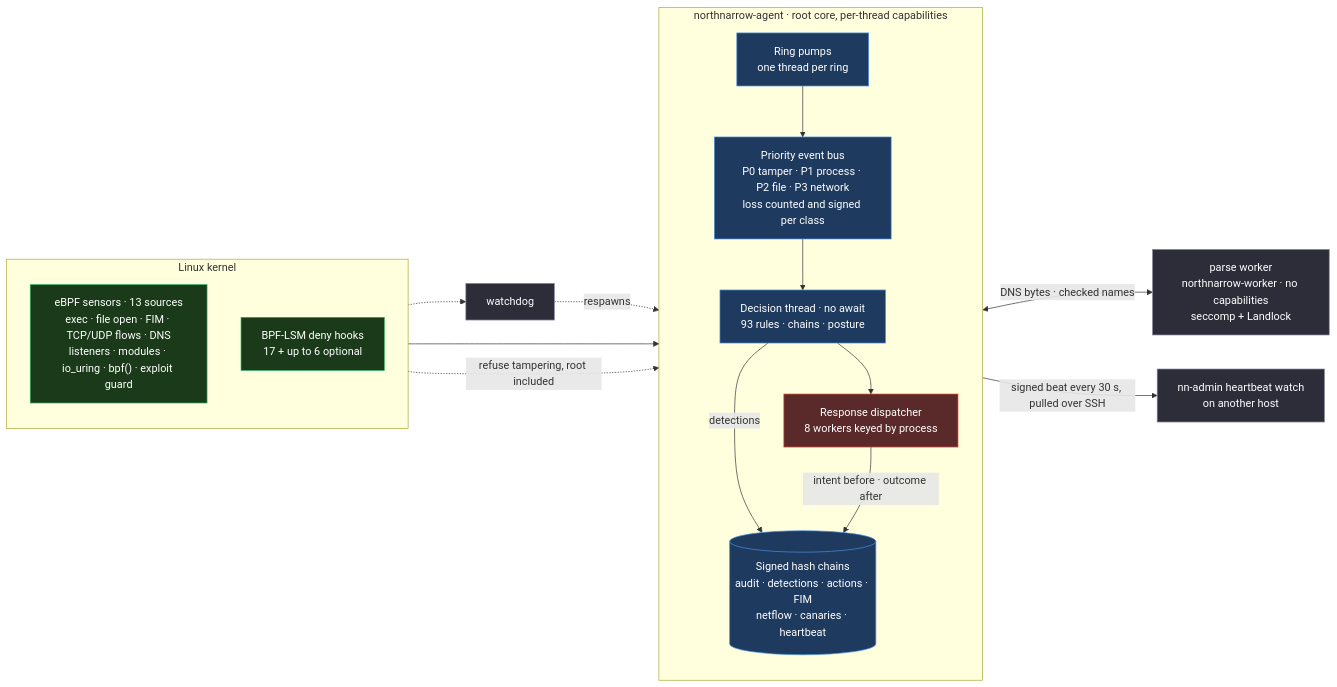
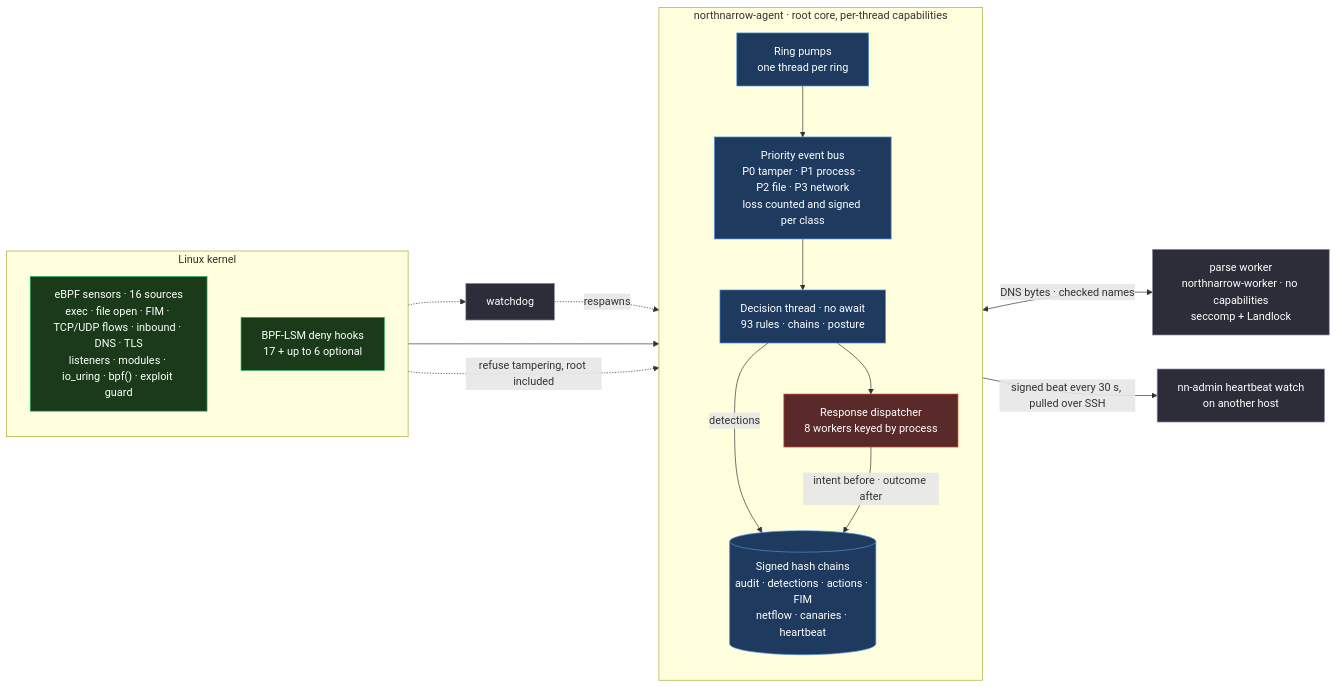
Before and after one commit to northnarrow/northnarrow-new: the diagram in README.md, drawn with Mermaid. The commit also changed other lines of this file, not shown here.

First line of the commit message:
docs(lot 275): the README counts sixteen sources

````diff
--- a/README.md
+++ b/README.md
@@ -57,39 +57,39 @@
 ```mermaid
 flowchart LR
     subgraph KERNEL["Linux kernel"]
         direction TB
-        SENS["eBPF sensors · 13 sources<br/>exec · file open · FIM · TCP/UDP flows · DNS<br/>listeners · modules · io_uring · bpf() · exploit guard"]
+        SENS["eBPF sensors · 16 sources<br/>exec · file open · FIM · TCP/UDP flows · inbound · DNS · TLS<br/>listeners · modules · io_uring · bpf() · exploit guard"]
         LSM["BPF-LSM deny hooks<br/>17 + up to 6 optional"]
     end
 
     subgraph CORE["northnarrow-agent · root core, per-thread capabilities"]
         direction TB
         PUMP["Ring pumps<br/>one thread per ring"]
         BUS["Priority event bus<br/>P0 tamper · P1 process · P2 file · P3 network<br/>loss counted and signed per class"]
         DEC["Decision thread · no await<br/>93 rules · chains · posture"]
         DISP["Response dispatcher<br/>8 workers keyed by process"]
         CHAINS[("Signed hash chains<br/>audit · detections · actions · FIM<br/>netflow · canaries · heartbeat")]
     end
 
     PARSE["parse worker<br/>northnarrow-worker · no capabilities<br/>seccomp + Landlock"]
     WD["watchdog"]
     VER["nn-admin heartbeat watch<br/>on another host"]
 
     SENS --> PUMP --> BUS --> DEC --> DISP
     PUMP <-->|"DNS bytes · checked names"| PARSE
     DEC -->|detections| CHAINS
     DISP -->|"intent before · outcome after"| CHAINS
     CHAINS -->|"signed beat every 30 s, pulled over SSH"| VER
     LSM -.->|"refuse tampering, root included"| CORE
     LSM -.-> WD
     WD -.->|respawns| CORE
 
     classDef kernel fill:#1a3a1a,stroke:#27ae60,color:#fff
     classDef core fill:#1e3a5f,stroke:#4a90e2,color:#fff
     classDef act fill:#5a2a2a,stroke:#e74c3c,color:#fff
     classDef side fill:#2d2d3a,stroke:#8e8ea8,color:#fff
     class SENS,LSM kernel
     class PUMP,BUS,DEC,CHAINS core
     class DISP act
     class PARSE,WD,VER side
 ```
````
